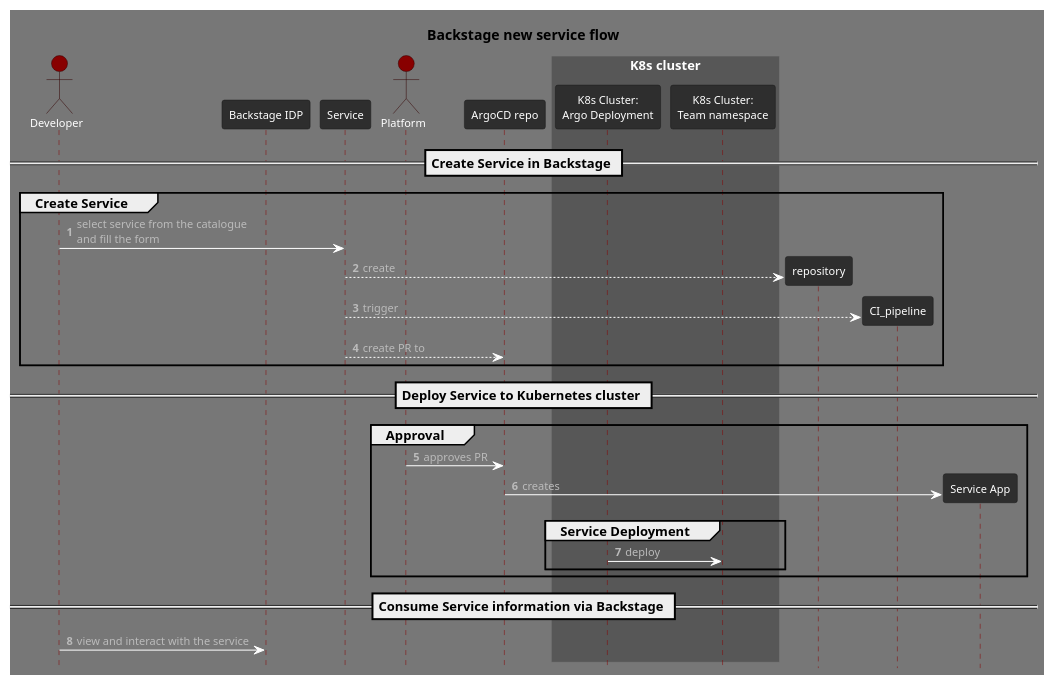
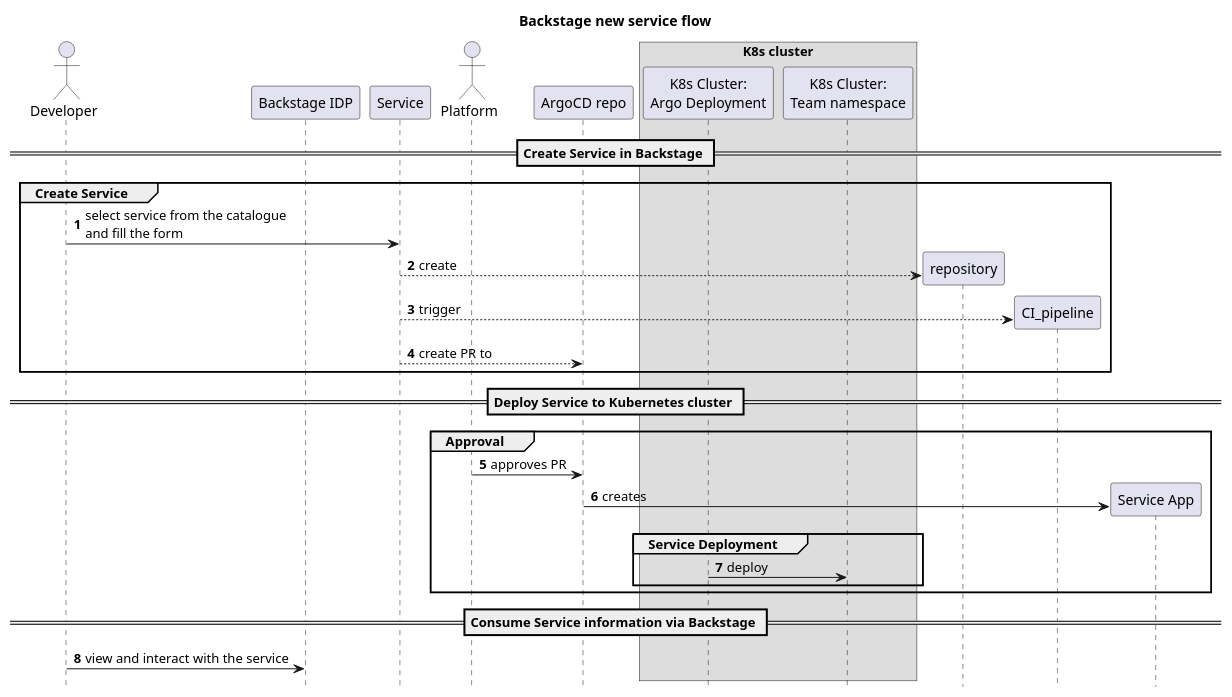
The diagram in diagrams/components.puml (Piotr1215/terminal-slides-template), drawn with PlantUML before and after one commit. The commit also changed 6 other files, not shown here.

```diff
--- a/diagrams/components.puml
+++ b/diagrams/components.puml
@@ -1,43 +1,42 @@
 @startuml
 hide footbox
 autonumber
-!theme reddress-darkred
 title Backstage new service flow
 
 actor "Developer" as developer
 
 participant "Backstage IDP" as idp
 
 participant "Service" as service
 
 actor "Platform" as platform
 participant "ArgoCD repo" as argo
 box "K8s cluster"
   participant "K8s Cluster:\nArgo Deployment" as argo_dep
   participant "K8s Cluster:\nTeam namespace" as namespace
 end box
 
 == Create Service in Backstage ==
 
 group Create Service
   developer -> service: select service from the catalogue\nand fill the form
   service --> repository **: create
   service --> CI_pipeline **: trigger
   service --> argo: create PR to
 end
 
 == Deploy Service to Kubernetes cluster ==
 
 group Approval
   platform -> argo: approves PR
   argo -> "Service App" **: creates
   group Service Deployment
     argo_dep -> namespace: deploy
   end
 end
 
 == Consume Service information via Backstage ==
 
 developer -> idp: view and interact with the service
 
 @enduml
```
